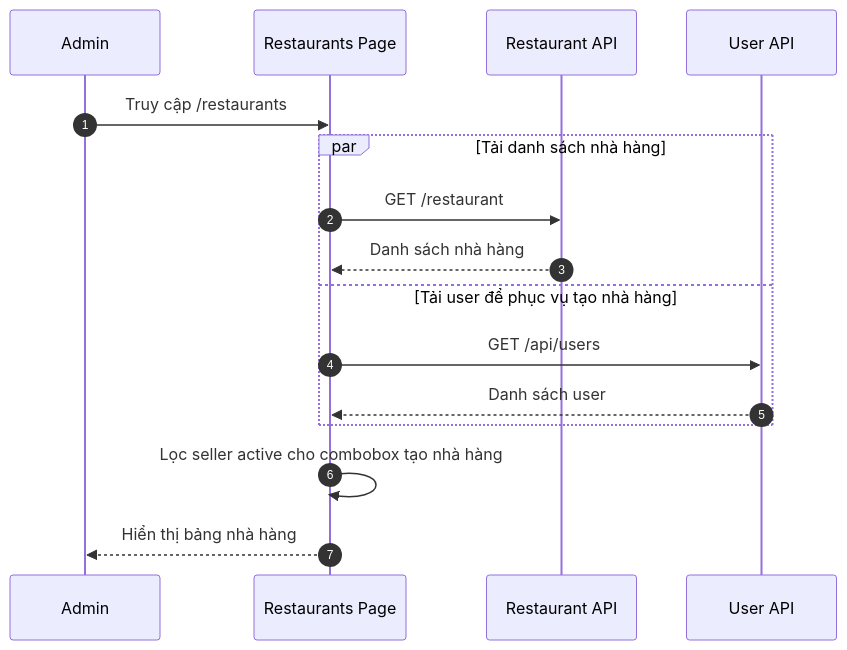
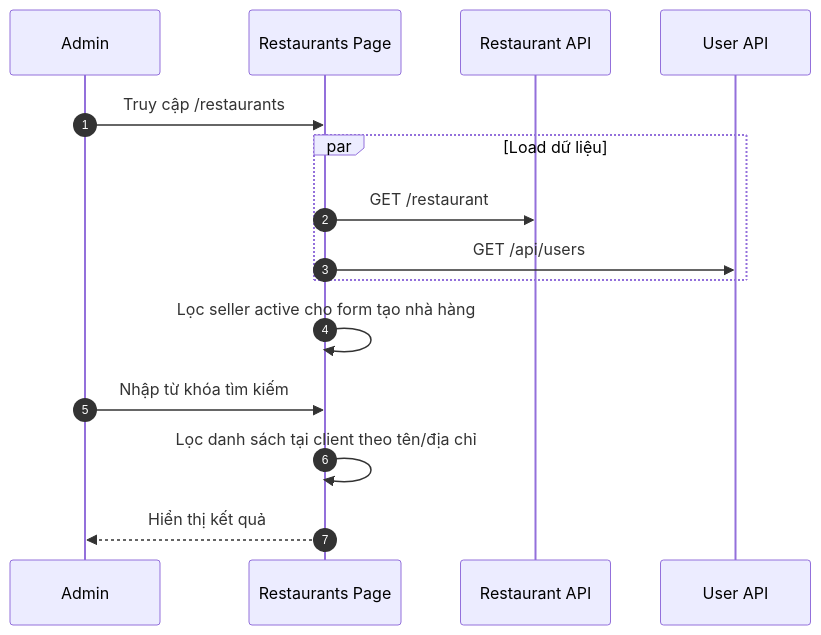
Before and after one commit to sangnp-s-organiztion/food-market-narrator: the eighth of 24 diagrams in docs/sequence/flow-admin.md, drawn with Mermaid. The commit also changed other lines of this file and 3 other files, not shown here.

Commit message:
cập nhật flow-admin

````diff
--- a/docs/sequence/flow-admin.md
+++ b/docs/sequence/flow-admin.md
@@ -162,19 +151,18 @@
 ```mermaid
 sequenceDiagram
     autonumber
     participant U as Admin
     participant FE as Restaurants Page
     participant RES as Restaurant API
     participant USER as User API
 
     U->>FE: Truy cập /restaurants
-    par Tải danh sách nhà hàng
+    par Load dữ liệu
         FE->>RES: GET /restaurant
-        RES-->>FE: Danh sách nhà hàng
-    and Tải user để phục vụ tạo nhà hàng
         FE->>USER: GET /api/users
-        USER-->>FE: Danh sách user
     end
-    FE->>FE: Lọc seller active cho combobox tạo nhà hàng
-    FE-->>U: Hiển thị bảng nhà hàng
+    FE->>FE: Lọc seller active cho form tạo nhà hàng
+    U->>FE: Nhập từ khóa tìm kiếm
+    FE->>FE: Lọc danh sách tại client theo tên/địa chỉ
+    FE-->>U: Hiển thị kết quả
 ```
````
